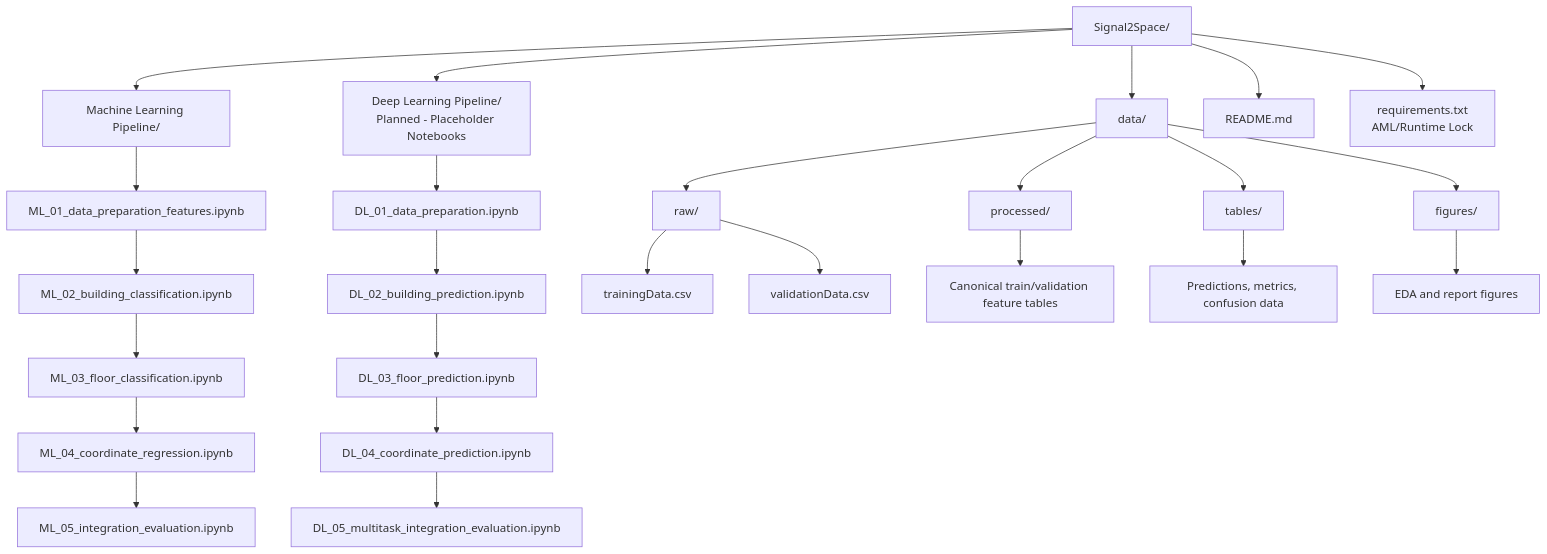
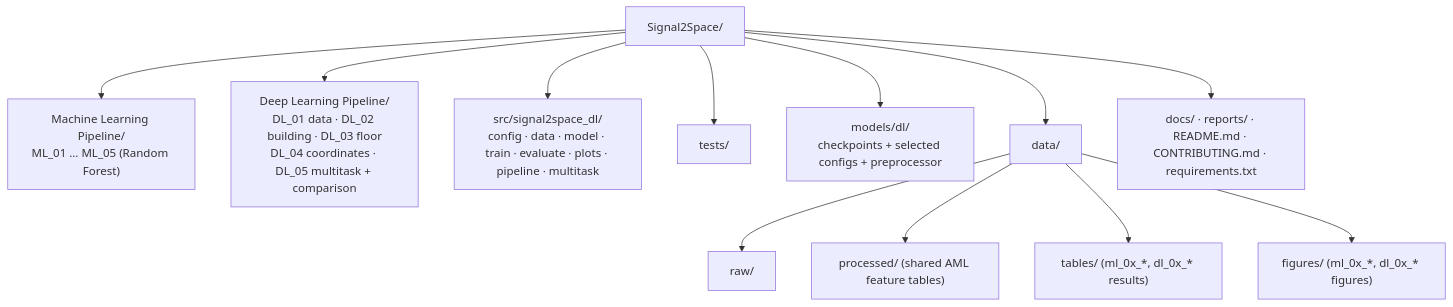
One commit to krishiv274/Signal2Space changed the first of 3 diagrams in README.md. Above: the diagram before and after it, drawn with Mermaid. The commit also changed other lines of this file and 1 other file, not shown here.

Commit message:
S5: Document the DL pipeline and update README

````diff
--- a/README.md
+++ b/README.md
@@ -18,41 +47,15 @@
 ```mermaid
 flowchart TB
     A["Signal2Space/"]
-
-    A --> B["Machine Learning Pipeline/"]
-    B --> B1["ML_01_data_preparation_features.ipynb"]
-    B1 --> B2["ML_02_building_classification.ipynb"]
-    B2 --> B3["ML_03_floor_classification.ipynb"]
-    B3 --> B4["ML_04_coordinate_regression.ipynb"]
-    B4 --> B5["ML_05_integration_evaluation.ipynb"]
-
-    A --> C["Deep Learning Pipeline/<br/>Planned - Placeholder Notebooks"]
-    C --> C1["DL_01_data_preparation.ipynb"]
-    C1 --> C2["DL_02_building_prediction.ipynb"]
-    C2 --> C3["DL_03_floor_prediction.ipynb"]
-    C3 --> C4["DL_04_coordinate_prediction.ipynb"]
-    C4 --> C5["DL_05_multitask_integration_evaluation.ipynb"]
-
+    A --> B["Machine Learning Pipeline/<br/>ML_01 … ML_05 (Random Forest)"]
+    A --> C["Deep Learning Pipeline/<br/>DL_01 data · DL_02 building · DL_03 floor<br/>DL_04 coordinates · DL_05 multitask + comparison"]
+    A --> S["src/signal2space_dl/<br/>config · data · model · train · evaluate · plots · pipeline · multitask"]
+    A --> T["tests/"]
+    A --> M["models/dl/<br/>checkpoints + selected configs + preprocessor"]
     A --> D["data/"]
     D --> D1["raw/"]
-    D1 --> D11["trainingData.csv"]
-    D1 --> D12["validationData.csv"]
-
-    D --> D2["processed/"]
-    D2 --> D21["Canonical train/validation feature tables"]
-
-    D --> D3["tables/"]
-    D3 --> D31["Predictions, metrics, confusion data"]
-
-    D --> D4["figures/"]
-    D4 --> D41["EDA and report figures"]
-
-    A --> E["README.md"]
-    A --> F["requirements.txt<br/>AML/Runtime Lock"]
-
-    class A root
-    class B,B1,B2,B3,B4,B5 ml
-    class C,C1,C2,C3,C4,C5 dl
-    class D,D1,D2,D3,D4 data
-    class D11,D12,D21,D31,D41,E,F files
+    D --> D2["processed/ (shared AML feature tables)"]
+    D --> D3["tables/ (ml_0x_*, dl_0x_* results)"]
+    D --> D4["figures/ (ml_0x_*, dl_0x_* figures)"]
+    A --> R["docs/ · reports/ · README.md · CONTRIBUTING.md · requirements.txt"]
 ```
````
